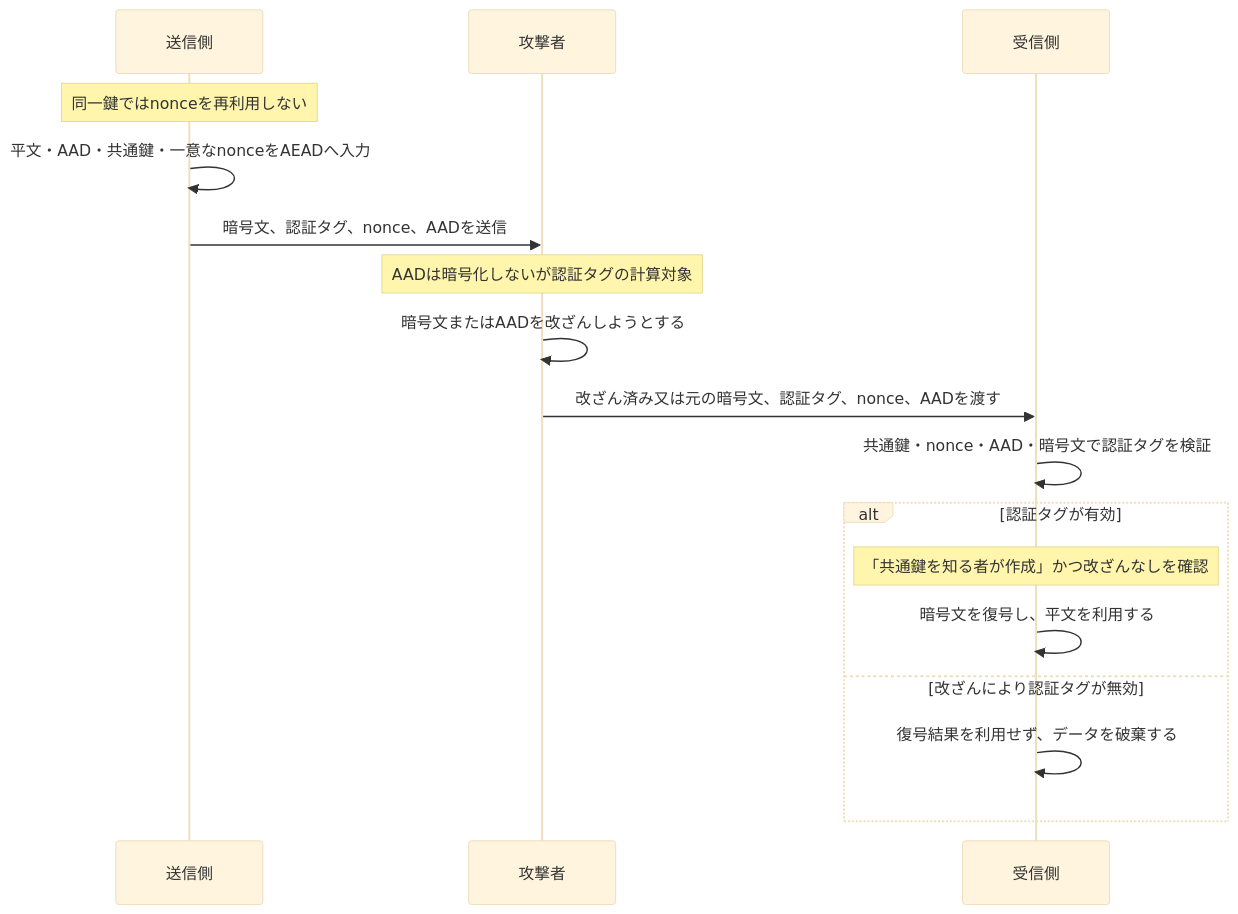
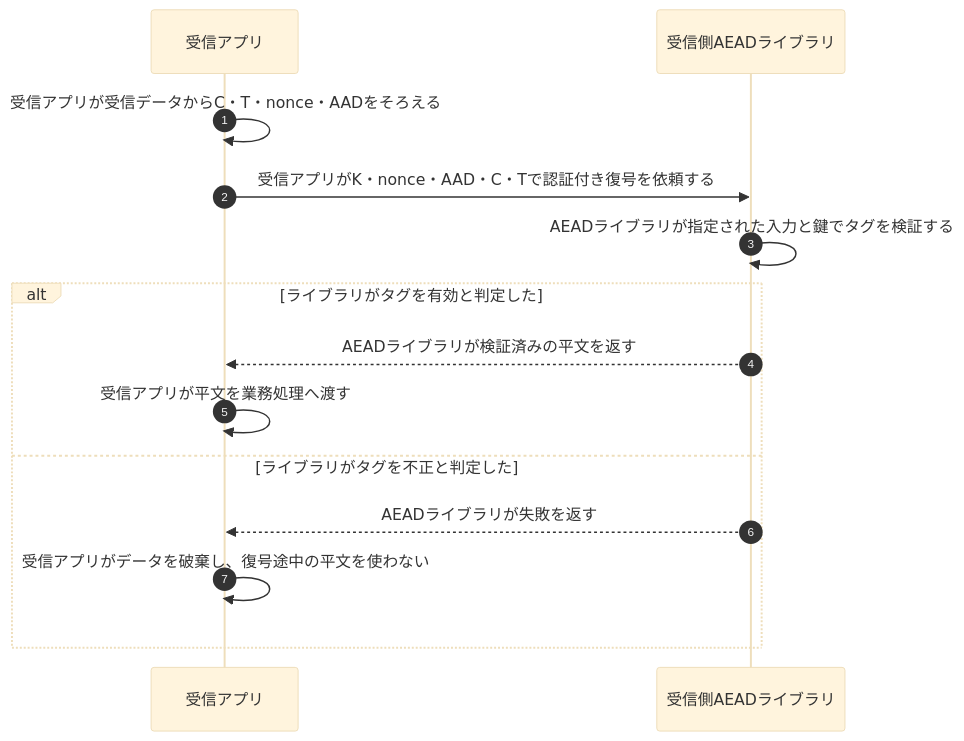
Before and after one commit to ryusuke2003/security-specialist-study: the second of 2 diagrams in 復習用/流れ図/AEADの暗号化と認証タグ検証.md, drawn with Mermaid (base theme). The commit also changed other lines of this file and 26 other files, not shown here.

Commit message:
流れ図全23資料の主体と処理段階を明確化し構造検査を追加

````diff
--- a/復習用/流れ図/AEADの暗号化と認証タグ検証.md
+++ b/復習用/流れ図/AEADの暗号化と認証タグ検証.md
@@ -31,21 +29,17 @@
 ```mermaid
 sequenceDiagram
-    participant S as 送信側
-    participant X as 攻撃者
-    participant R as 受信側
+    autonumber
+    participant R as 受信アプリ
+    participant Crypto as 受信側AEADライブラリ
 
-    Note over S: 同一鍵ではnonceを再利用しない
-    S->>S: 平文・AAD・共通鍵・一意なnonceをAEADへ入力
-    S->>X: 暗号文、認証タグ、nonce、AADを送信
-    Note over X: AADは暗号化しないが認証タグの計算対象
-    X->>X: 暗号文またはAADを改ざんしようとする
-    X->>R: 改ざん済み又は元の暗号文、認証タグ、nonce、AADを渡す
-    R->>R: 共通鍵・nonce・AAD・暗号文で認証タグを検証
-
-    alt 認証タグが有効
-        Note over R: 「共通鍵を知る者が作成」かつ改ざんなしを確認
-        R->>R: 暗号文を復号し、平文を利用する
-    else 改ざんにより認証タグが無効
-        R->>R: 復号結果を利用せず、データを破棄する
+    R->>R: 受信アプリが受信データからC・T・nonce・AADをそろえる
+    R->>Crypto: 受信アプリがK・nonce・AAD・C・Tで認証付き復号を依頼する
+    Crypto->>Crypto: AEADライブラリが指定された入力と鍵でタグを検証する
+    alt ライブラリがタグを有効と判定した
+        Crypto-->>R: AEADライブラリが検証済みの平文を返す
+        R->>R: 受信アプリが平文を業務処理へ渡す
+    else ライブラリがタグを不正と判定した
+        Crypto-->>R: AEADライブラリが失敗を返す
+        R->>R: 受信アプリがデータを破棄し、復号途中の平文を使わない
     end
 ```
````
